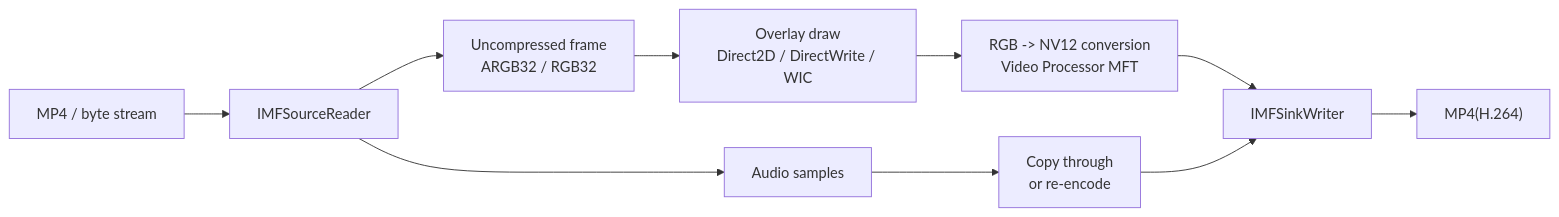
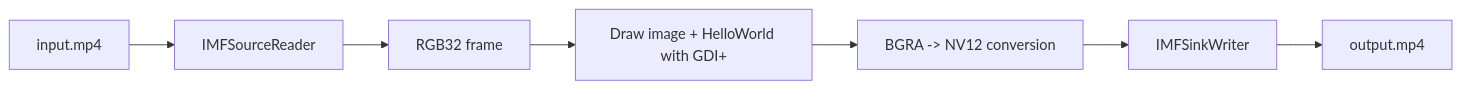
Before and after one commit to gomurin0428/KomuraSoftWeb: the diagram in _posts/2026-03-16-009-media-foundation-overlay-image-text-on-mp4-frames-en.md, drawn with Mermaid. The commit also changed other lines of this file and 3 other files, not shown here.

````diff
--- a/_posts/2026-03-16-009-media-foundation-overlay-image-text-on-mp4-frames-en.md
+++ b/_posts/2026-03-16-009-media-foundation-overlay-image-text-on-mp4-frames-en.md
@@ -85,13 +57,9 @@
 ```mermaid
 flowchart LR
-    A["MP4 / byte stream"] --> B["IMFSourceReader"]
-    B --> C["Uncompressed frame<br/>ARGB32 / RGB32"]
-    C --> D["Overlay draw<br/>Direct2D / DirectWrite / WIC"]
-    D --> E["RGB -> NV12 conversion<br/>Video Processor MFT"]
+    A["input.mp4"] --> B["IMFSourceReader"]
+    B --> C["RGB32 frame"]
+    C --> D["Draw image + HelloWorld with GDI+"]
+    D --> E["BGRA -> NV12 conversion"]
     E --> F["IMFSinkWriter"]
-    F --> G["MP4(H.264)"]
-
-    B --> H["Audio samples"]
-    H --> I["Copy through<br/>or re-encode"]
-    I --> F
+    F --> G["output.mp4"]
 ```
````
